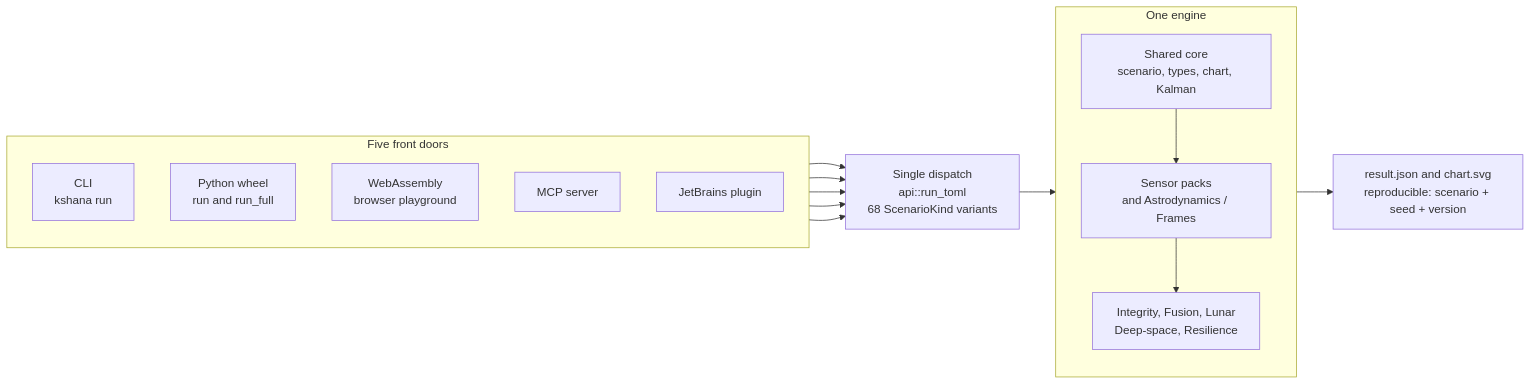
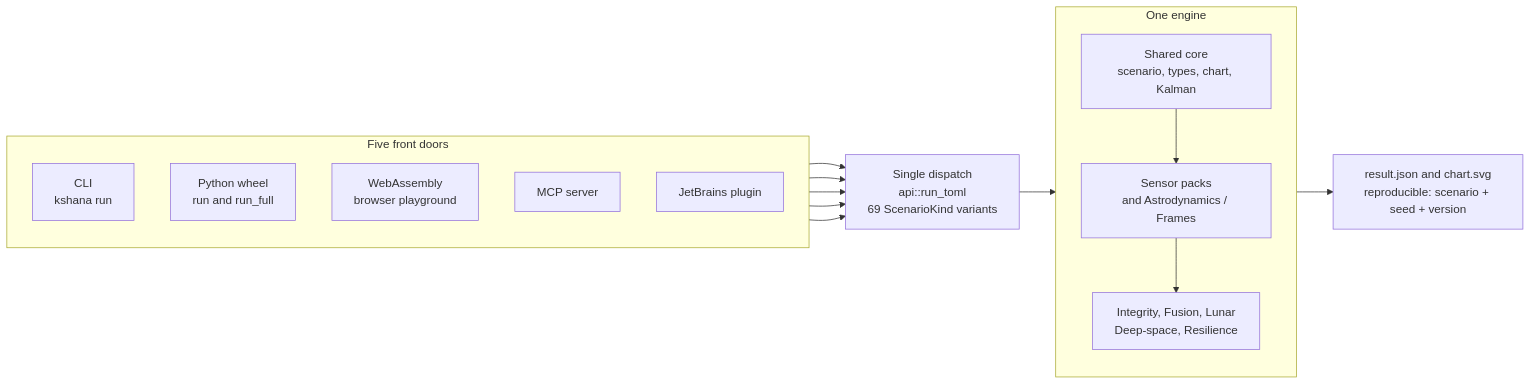
One commit to ashfordeOU/kshana changed the diagram in docs/diagrams/system-overview.mmd. Above: the diagram before and after it, drawn with Mermaid. The commit also changed 27 other files, not shown here.

First line of the commit message:
docs: move every count surface to 69 kinds, 99 scenario files and 198 matrix rows; add leo-navmsg to the README kind list

```diff
--- a/docs/diagrams/system-overview.mmd
+++ b/docs/diagrams/system-overview.mmd
@@ -1,31 +1,31 @@
 flowchart LR
     subgraph DOORS[Five front doors]
         direction TB
         CLI[CLI<br/>kshana run]
         PY[Python wheel<br/>run and run_full]
         WASM[WebAssembly<br/>browser playground]
         MCP[MCP server]
         IDE[JetBrains plugin]
     end
 
-    DISPATCH[Single dispatch<br/>api::run_toml<br/>68 ScenarioKind variants]
+    DISPATCH[Single dispatch<br/>api::run_toml<br/>69 ScenarioKind variants]
 
     subgraph ENGINE[One engine]
         direction TB
         CORE[Shared core<br/>scenario, types, chart, Kalman]
         PACKS[Sensor packs<br/>and Astrodynamics / Frames]
         DOMAIN[Integrity, Fusion, Lunar<br/>Deep-space, Resilience]
         CORE --> PACKS
         PACKS --> DOMAIN
     end
 
     OUT[result.json and chart.svg<br/>reproducible: scenario + seed + version]
 
     CLI --> DISPATCH
     PY --> DISPATCH
     WASM --> DISPATCH
     MCP --> DISPATCH
     IDE --> DISPATCH
 
     DISPATCH --> ENGINE
     ENGINE --> OUT
```
